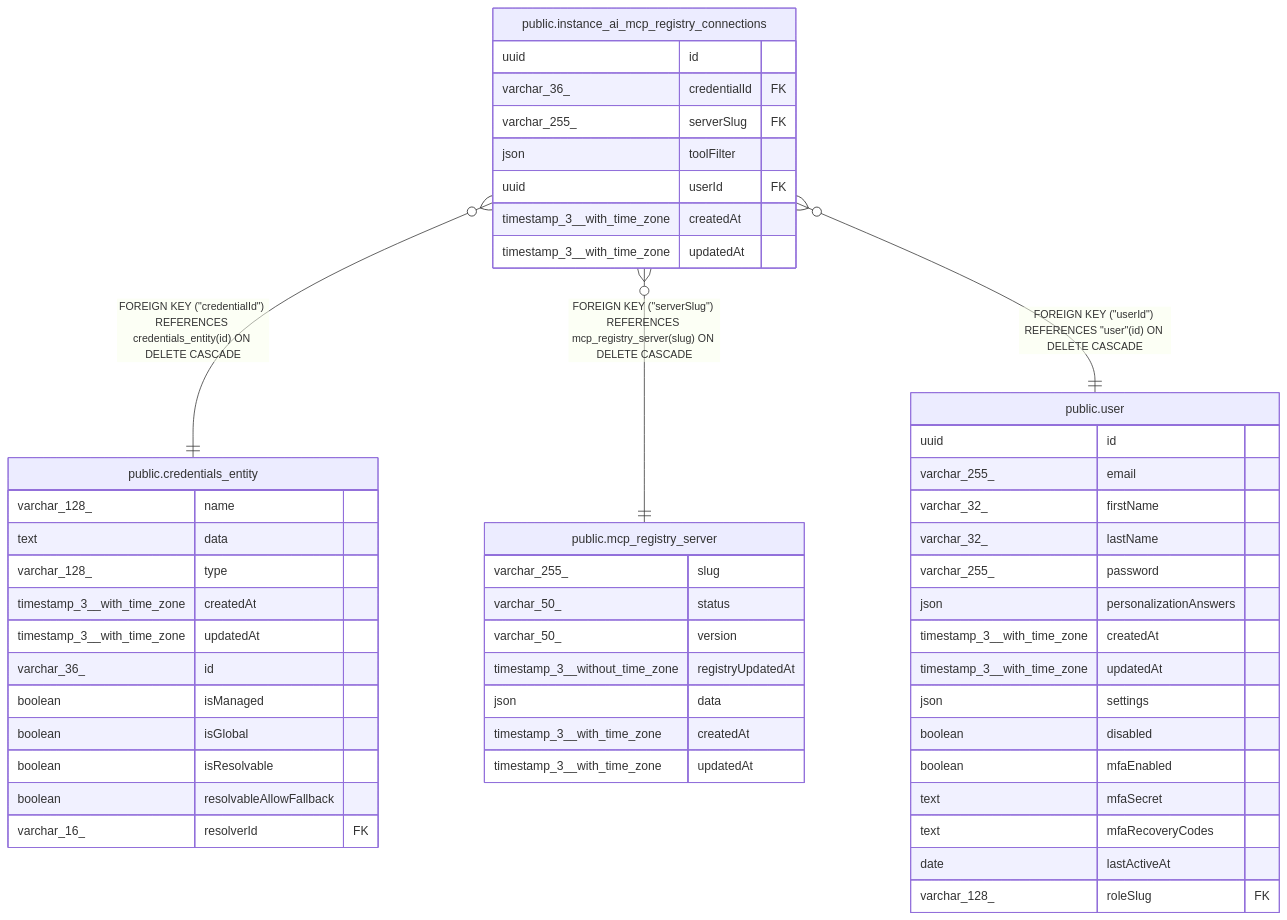
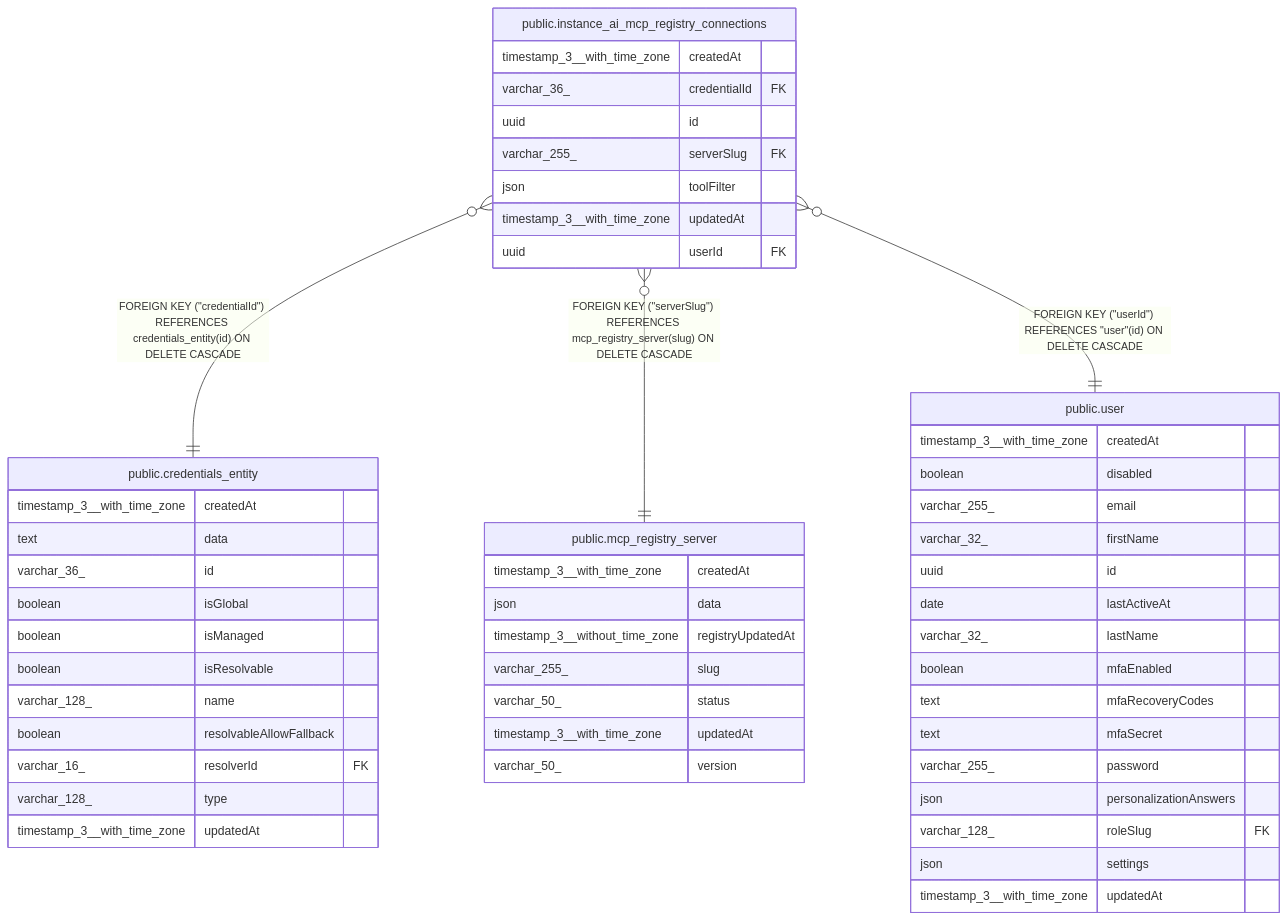
Before and after one commit to mayankjain1815-commits/n8n: the diagram in docs/generated/postgres-schema/public.instance_ai_mcp_registry_connections.md, drawn with Mermaid. The commit also changed other lines of this file and 221 other files, not shown here.

Commit message:
chore(core): Make DB schema docs generation deterministic (#32373)

````diff
--- a/docs/generated/postgres-schema/public.instance_ai_mcp_registry_connections.md
+++ b/docs/generated/postgres-schema/public.instance_ai_mcp_registry_connections.md
@@ -39,56 +39,56 @@
 ```mermaid
 erDiagram
 
 "public.instance_ai_mcp_registry_connections" }o--|| "public.credentials_entity" : "FOREIGN KEY (#quot;credentialId#quot;) REFERENCES credentials_entity(id) ON DELETE CASCADE"
 "public.instance_ai_mcp_registry_connections" }o--|| "public.mcp_registry_server" : "FOREIGN KEY (#quot;serverSlug#quot;) REFERENCES mcp_registry_server(slug) ON DELETE CASCADE"
 "public.instance_ai_mcp_registry_connections" }o--|| "public.user" : "FOREIGN KEY (#quot;userId#quot;) REFERENCES #quot;user#quot;(id) ON DELETE CASCADE"
 
 "public.instance_ai_mcp_registry_connections" {
+  timestamp_3__with_time_zone createdAt
+  varchar_36_ credentialId FK
   uuid id
-  varchar_36_ credentialId FK
   varchar_255_ serverSlug FK
   json toolFilter
+  timestamp_3__with_time_zone updatedAt
   uuid userId FK
+}
+"public.credentials_entity" {
   timestamp_3__with_time_zone createdAt
+  text data
+  varchar_36_ id
+  boolean isGlobal
+  boolean isManaged
+  boolean isResolvable
+  varchar_128_ name
+  boolean resolvableAllowFallback
+  varchar_16_ resolverId FK
+  varchar_128_ type
   timestamp_3__with_time_zone updatedAt
 }
-"public.credentials_entity" {
-  varchar_128_ name
-  text data
-  varchar_128_ type
+"public.mcp_registry_server" {
   timestamp_3__with_time_zone createdAt
-  timestamp_3__with_time_zone updatedAt
-  varchar_36_ id
-  boolean isManaged
-  boolean isGlobal
-  boolean isResolvable
-  boolean resolvableAllowFallback
-  varchar_16_ resolverId FK
-}
-"public.mcp_registry_server" {
+  json data
+  timestamp_3__without_time_zone registryUpdatedAt
   varchar_255_ slug
   varchar_50_ status
+  timestamp_3__with_time_zone updatedAt
   varchar_50_ version
-  timestamp_3__without_time_zone registryUpdatedAt
-  json data
+}
+"public.user" {
   timestamp_3__with_time_zone createdAt
+  boolean disabled
+  varchar_255_ email
+  varchar_32_ firstName
+  uuid id
+  date lastActiveAt
+  varchar_32_ lastName
+  boolean mfaEnabled
+  text mfaRecoveryCodes
+  text mfaSecret
+  varchar_255_ password
+  json personalizationAnswers
+  varchar_128_ roleSlug FK
+  json settings
   timestamp_3__with_time_zone updatedAt
 }
-"public.user" {
-  uuid id
-  varchar_255_ email
-  varchar_32_ firstName
-  varchar_32_ lastName
-  varchar_255_ password
-  json personalizationAnswers
-  timestamp_3__with_time_zone createdAt
-  timestamp_3__with_time_zone updatedAt
-  json settings
-  boolean disabled
-  boolean mfaEnabled
-  text mfaSecret
-  text mfaRecoveryCodes
-  date lastActiveAt
-  varchar_128_ roleSlug FK
-}
 ```
````
